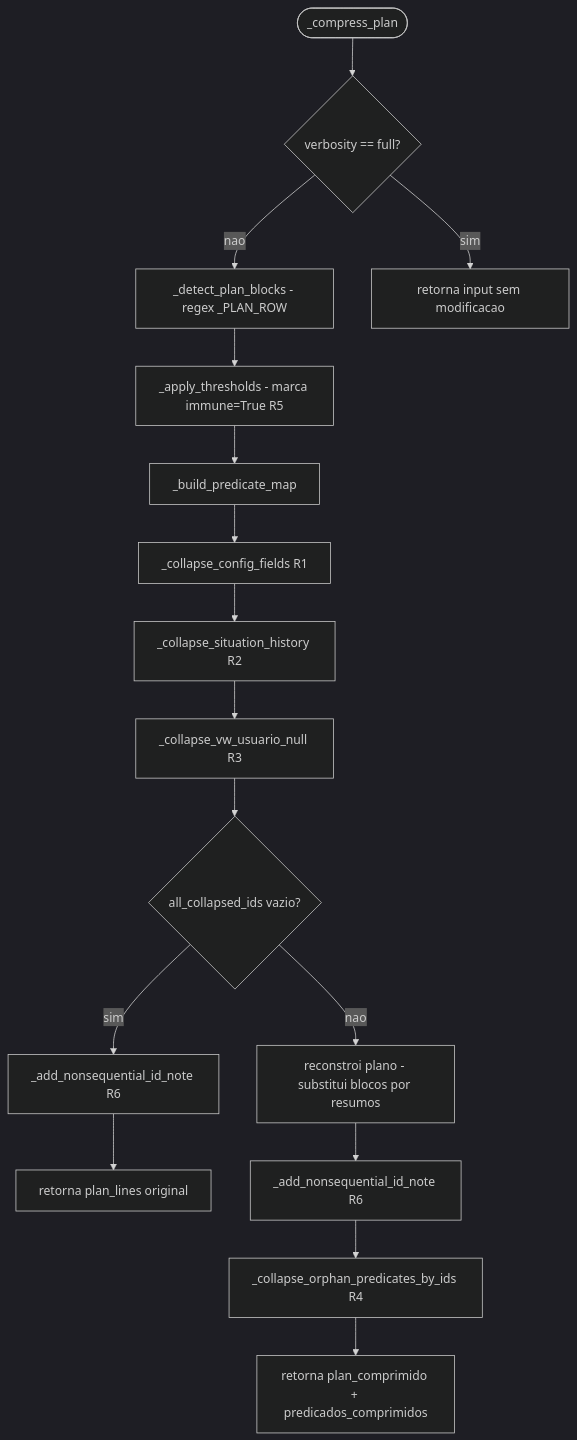
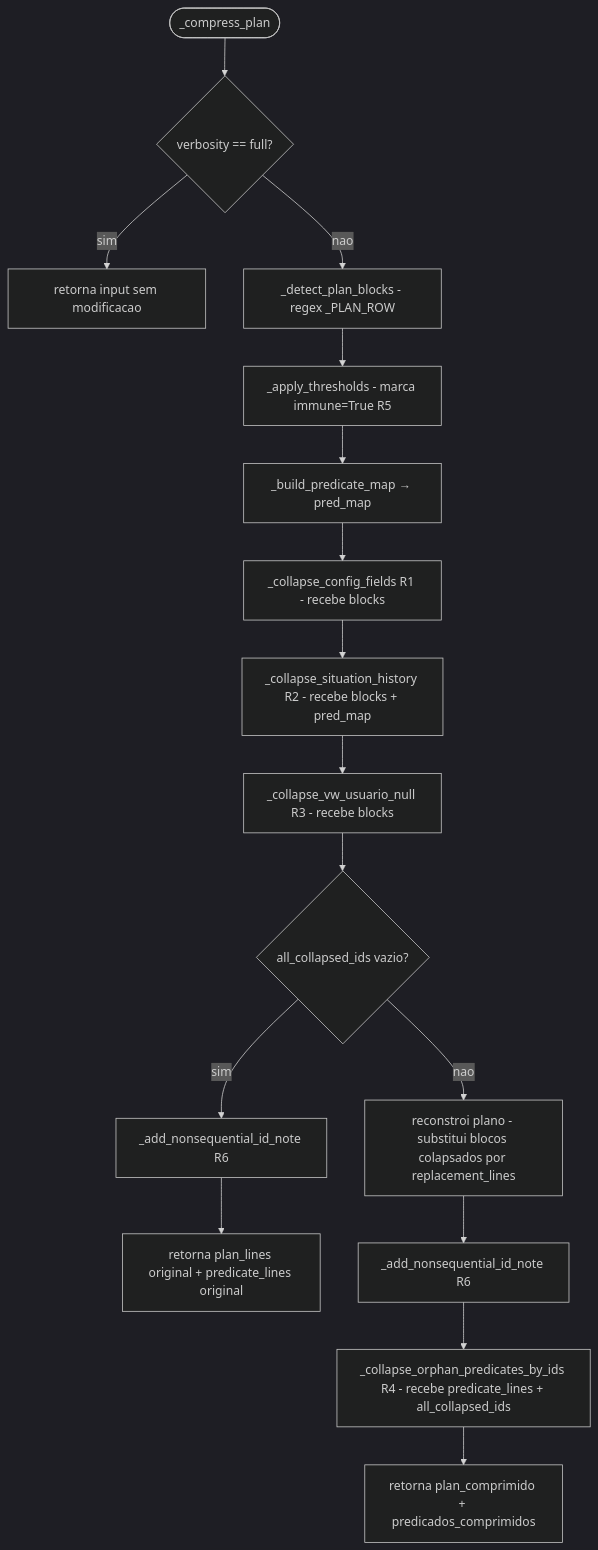
Before and after one commit to fevitta/SqlMentor: the fourth of 4 diagrams in .kiro/steering/architecture.md, drawn with Mermaid (dark theme). The commit also changed other lines of this file and 4 other files, not shown here.

```diff
--- a/.kiro/steering/architecture.md
+++ b/.kiro/steering/architecture.md
@@ -78,18 +78,18 @@
 ~~~mermaid
 flowchart TD
     A([_compress_plan]) --> B{verbosity == full?}
+    B -->|sim| RET[retorna input sem modificacao]
     B -->|nao| C[_detect_plan_blocks - regex _PLAN_ROW]
-    B -->|sim| RET[retorna input sem modificacao]
     C --> D[_apply_thresholds - marca immune=True R5]
-    D --> E[_build_predicate_map]
-    E --> F[_collapse_config_fields R1]
-    F --> G[_collapse_situation_history R2]
-    G --> H[_collapse_vw_usuario_null R3]
+    D --> E[_build_predicate_map → pred_map]
+    E --> F[_collapse_config_fields R1 - recebe blocks]
+    F --> G[_collapse_situation_history R2 - recebe blocks + pred_map]
+    G --> H[_collapse_vw_usuario_null R3 - recebe blocks]
     H --> I{all_collapsed_ids vazio?}
-    I -->|nao| K[reconstroi plano - substitui blocos por resumos]
     I -->|sim| J[_add_nonsequential_id_note R6]
-    J --> RET2[retorna plan_lines original]
+    J --> RET2[retorna plan_lines original + predicate_lines original]
+    I -->|nao| K[reconstroi plano - substitui blocos colapsados por replacement_lines]
     K --> L[_add_nonsequential_id_note R6]
-    L --> M[_collapse_orphan_predicates_by_ids R4]
+    L --> M[_collapse_orphan_predicates_by_ids R4 - recebe predicate_lines + all_collapsed_ids]
     M --> RET3[retorna plan_comprimido + predicados_comprimidos]
 ~~~
```
